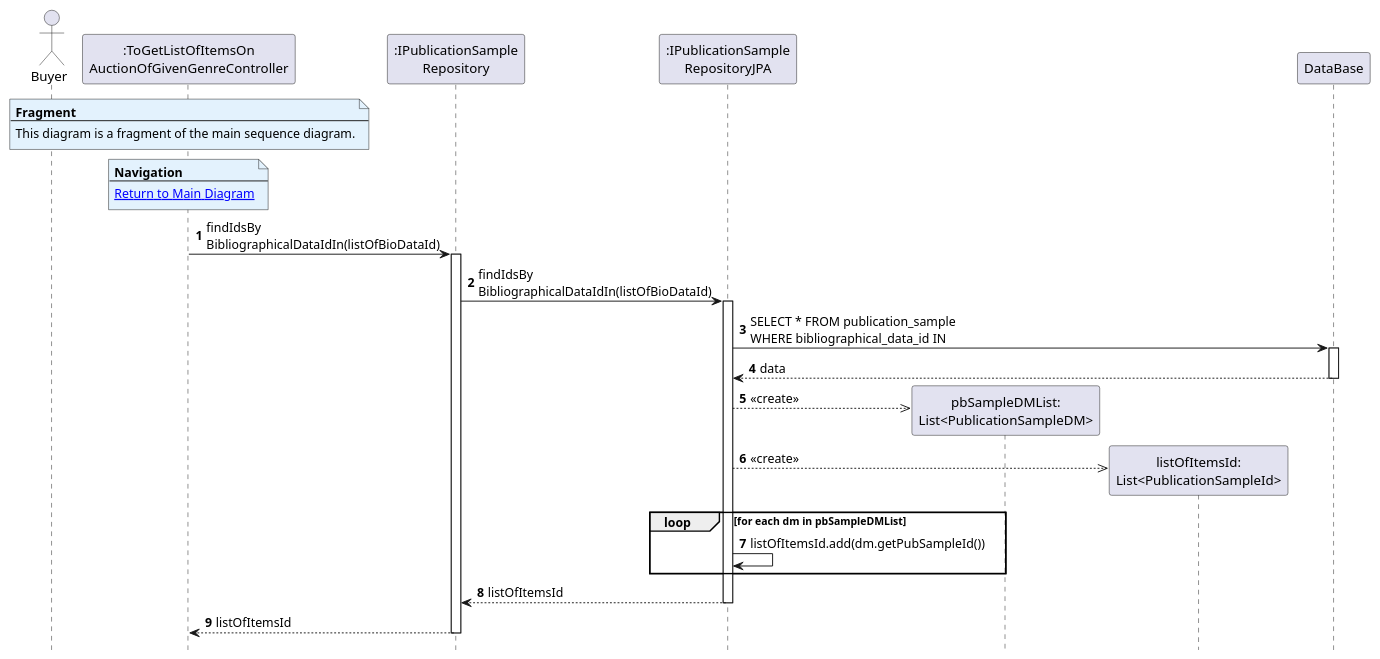
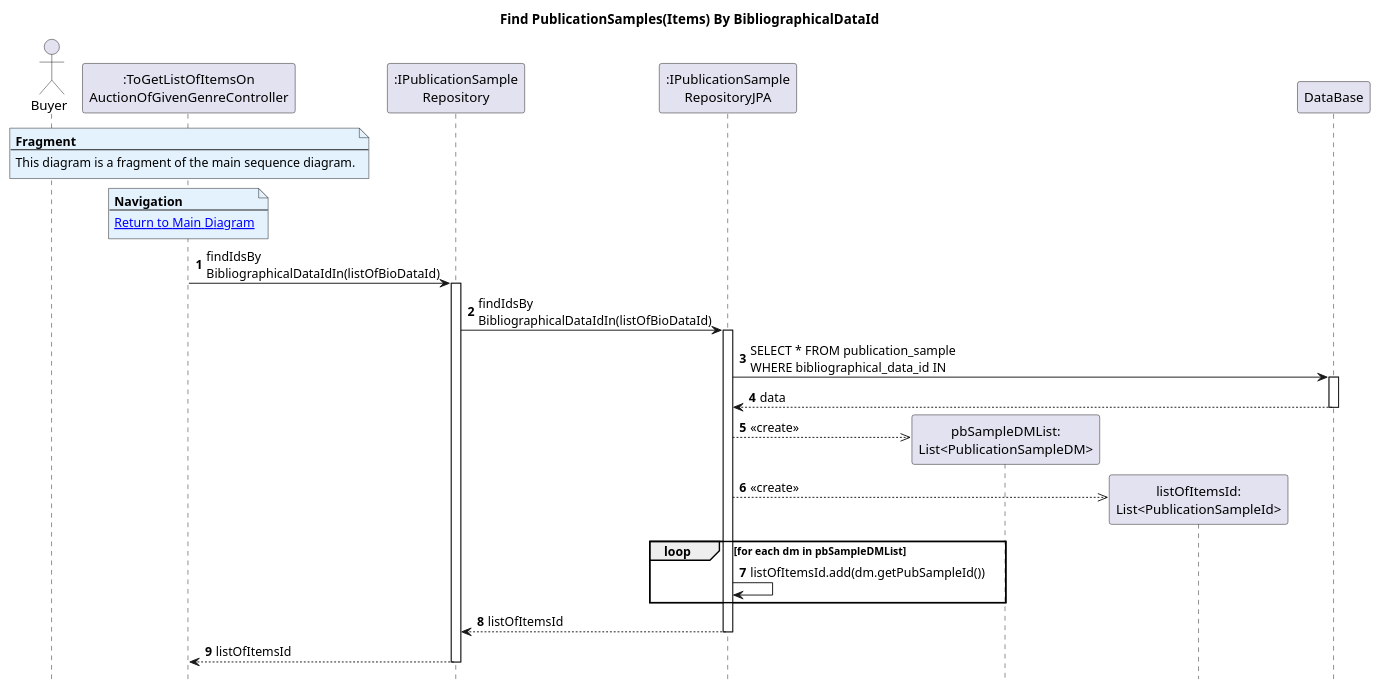
One commit to AndrePereiraGitH/SWitCH-Project-Team_A changed the diagram in Diagrams/SequenceDiagrams/N2/To-get-list-of-items-on-auction-of-a-given-genre/4.findItemsIdByBdId.puml. Above: the diagram before and after it, drawn with PlantUML.

Commit message:
Add title to findItemsIdByBdId sequence diagram

```diff
--- a/Diagrams/SequenceDiagrams/N2/To-get-list-of-items-on-auction-of-a-given-genre/4.findItemsIdByBdId.puml
+++ b/Diagrams/SequenceDiagrams/N2/To-get-list-of-items-on-auction-of-a-given-genre/4.findItemsIdByBdId.puml
@@ -1,48 +1,49 @@
 @startuml
 autonumber
 hide footbox
+title Find PublicationSamples(Items) By BibliographicalDataId
 
 actor Buyer as User
 
 participant ":ToGetListOfItemsOn\nAuctionOfGivenGenreController" as Controller
 participant ":IPublicationSample\nRepository" as PubSampleRepo
 participant ":IPublicationSample\nRepositoryJPA" as PSJPA
 participant "pbSampleDMList:\nList<PublicationSampleDM>"
 participant "listOfItemsId:\nList<PublicationSampleId>"
 participant "DataBase" as DB
 
 note over Controller #E3F2FD
 <b>Fragment</b>
 ---
 This diagram is a fragment of the main sequence diagram.
 end note
 
 note over Controller #E3F2FD
 <b>Navigation</b>
 ---
 [[1.MainDiagram.puml Return to Main Diagram]]
 end note
 
 Controller -> PubSampleRepo : findIdsBy\nBibliographicalDataIdIn(listOfBioDataId)
 activate PubSampleRepo
 PubSampleRepo -> PSJPA : findIdsBy\nBibliographicalDataIdIn(listOfBioDataId)
 activate PSJPA
 PSJPA -> DB : SELECT * FROM publication_sample\nWHERE bibliographical_data_id IN
 activate DB
 DB --> PSJPA : data
 deactivate DB
 PSJPA -->> "pbSampleDMList:\nList<PublicationSampleDM>" ** : <<create>>
 PSJPA -->> "listOfItemsId:\nList<PublicationSampleId>" ** : <<create>>
 
 loop for each dm in pbSampleDMList
 PSJPA -> PSJPA : listOfItemsId.add(dm.getPubSampleId())
 end
 
 PSJPA --> PubSampleRepo : listOfItemsId
 deactivate PSJPA
 PubSampleRepo --> Controller : listOfItemsId
 deactivate PubSampleRepo
 
 
 
 @enduml
```
